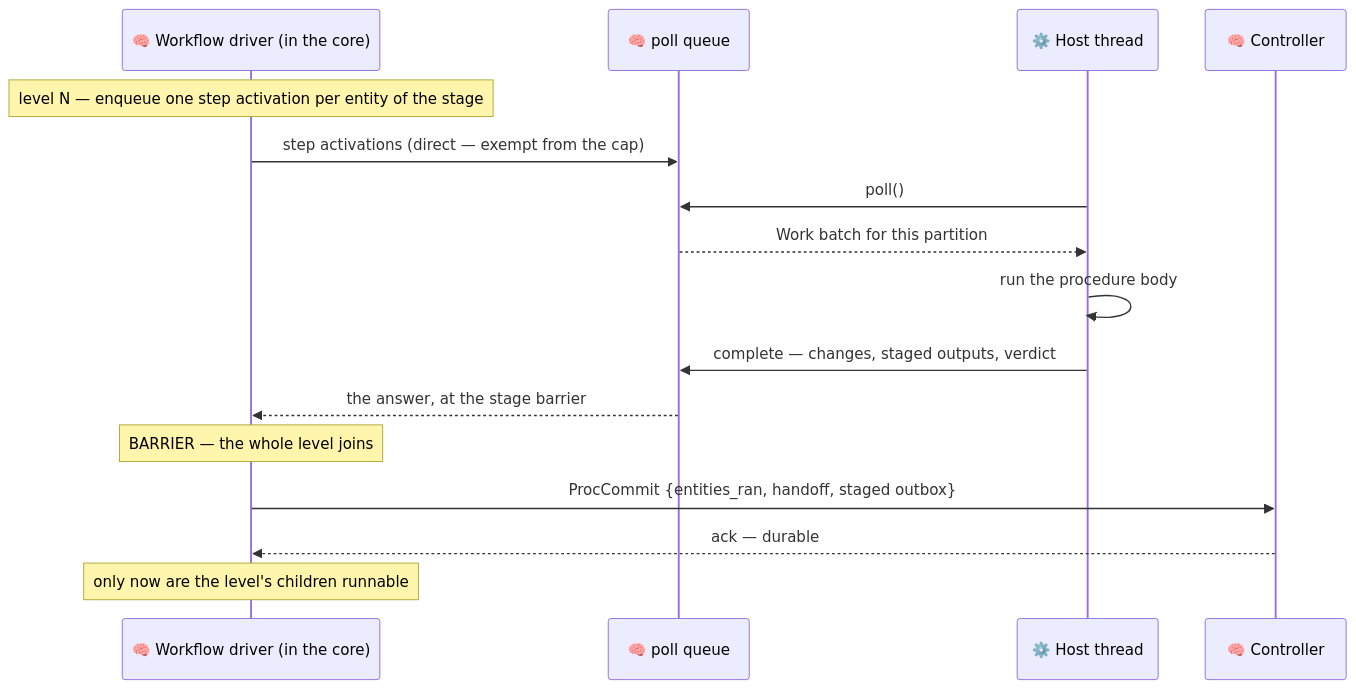
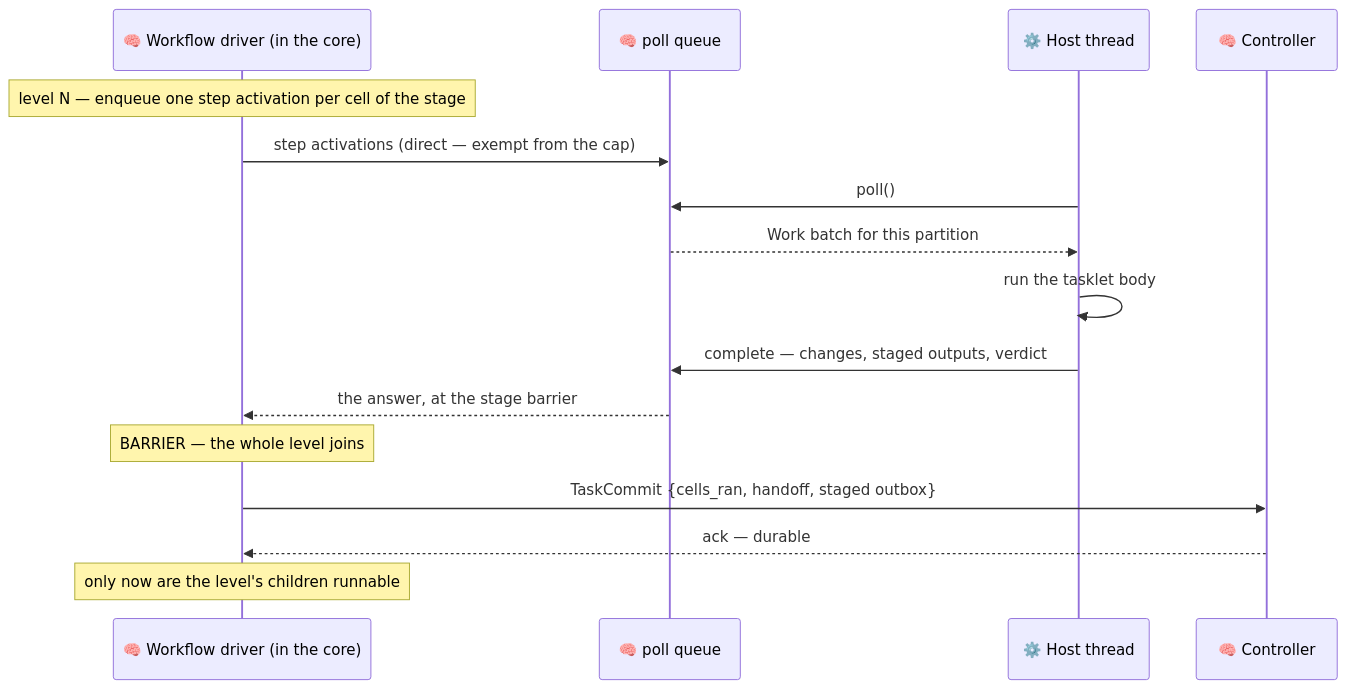
The seventh of 8 diagrams in docs/architecture/runner.md (Flezha/flezha), drawn with Mermaid before and after one commit. The commit also changed other lines of this file and 604 other files, not shown here.

First line of the commit message:
Rename Procedure to Tasklet and Entity to Cell

````diff
--- a/docs/architecture/runner.md
+++ b/docs/architecture/runner.md
@@ -276,19 +276,19 @@
 ```mermaid
 sequenceDiagram
     participant DRV as 🧠 Workflow driver (in the core)
     participant CORE as 🧠 poll queue
     participant W as ⚙️ Host thread
     participant CTRL as 🧠 Controller
 
-    Note over DRV: level N — enqueue one step activation per entity of the stage
+    Note over DRV: level N — enqueue one step activation per cell of the stage
     DRV->>CORE: step activations (direct — exempt from the cap)
     W->>CORE: poll()
     CORE-->>W: Work batch for this partition
-    W->>W: run the procedure body
+    W->>W: run the tasklet body
     W->>CORE: complete — changes, staged outputs, verdict
     CORE-->>DRV: the answer, at the stage barrier
     Note over DRV: BARRIER — the whole level joins
-    DRV->>CTRL: ProcCommit {entities_ran, handoff, staged outbox}
+    DRV->>CTRL: TaskCommit {cells_ran, handoff, staged outbox}
     CTRL-->>DRV: ack — durable
     Note over DRV: only now are the level's children runnable
 ```
````
